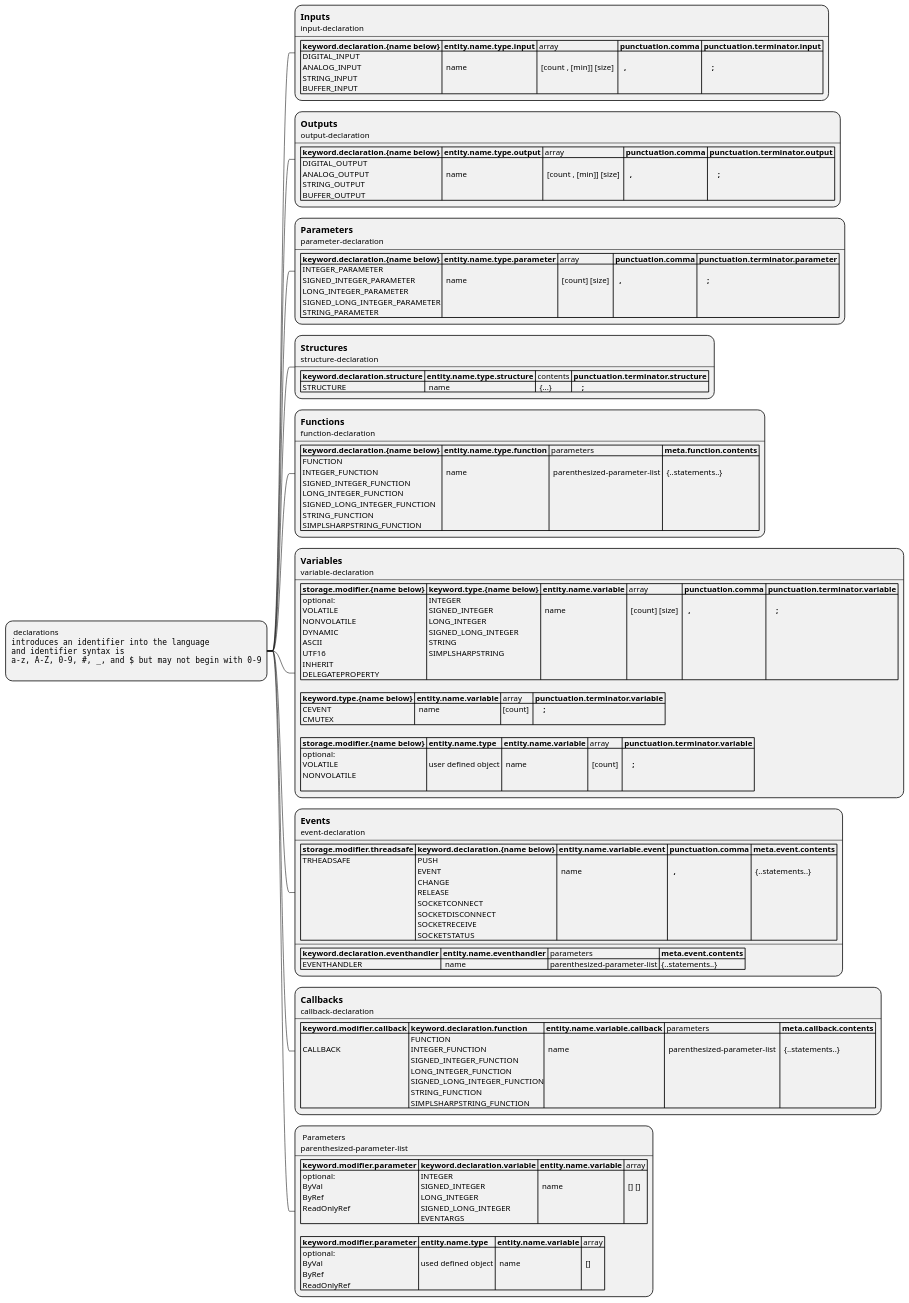
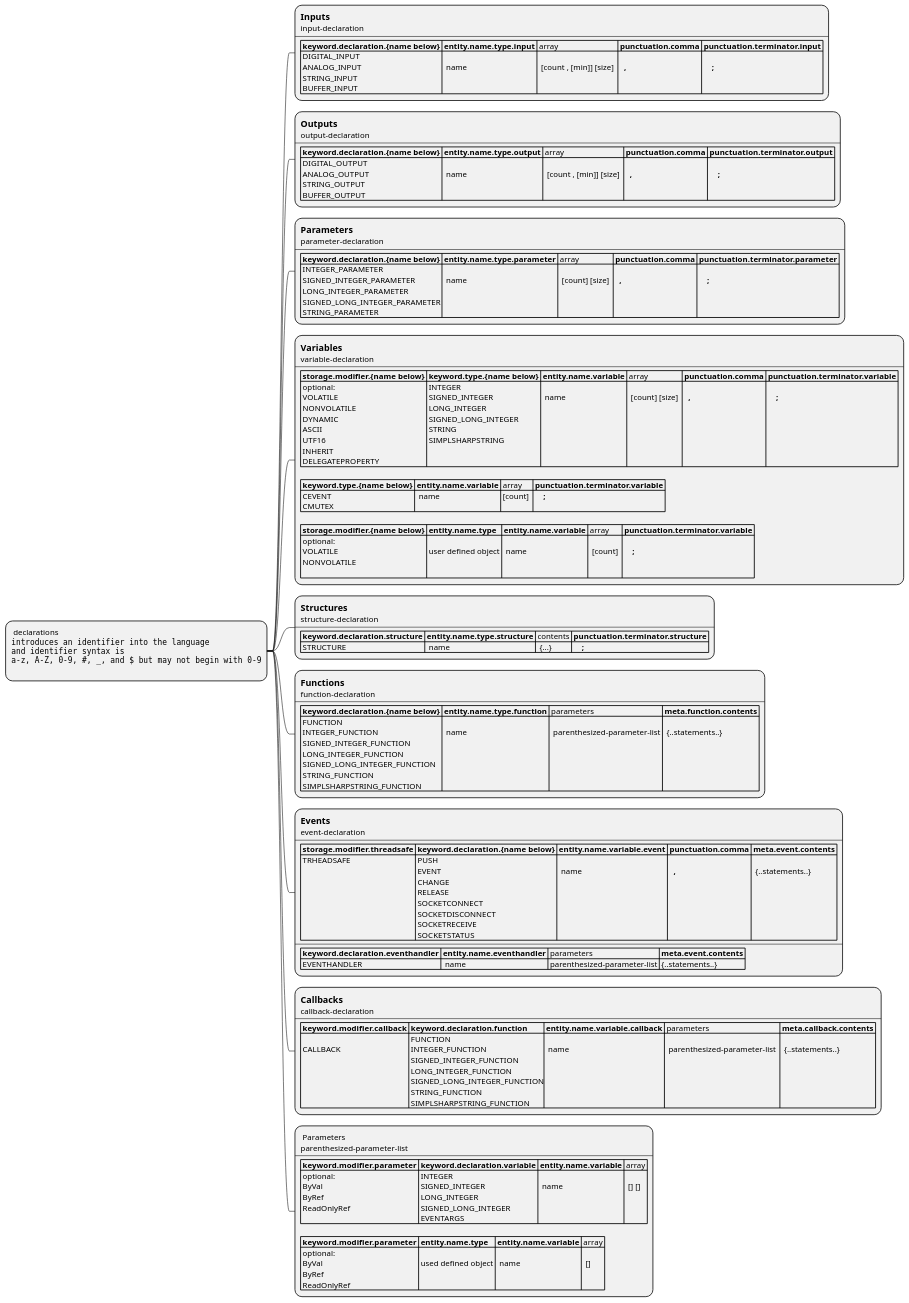
The diagram in UML/simpl-plus-syntax-mindmap/declarations.puml (alvaroyurrita/vscode-crestron-splus), drawn with PlantUML before and after one commit. The commit also changed 8 other files, not shown here.

```diff
--- a/UML/simpl-plus-syntax-mindmap/declarations.puml
+++ b/UML/simpl-plus-syntax-mindmap/declarations.puml
@@ -1,77 +1,80 @@
 @startmindmap
 *: declarations
 <code>
 introduces an identifier into the language
 and identifier syntax is
 a-z, A-Z, 0-9, #, _, and $ but may not begin with 0-9
 </code>
 ;
 
 **:== Inputs
 input-declaration
 ----
 |= keyword.declaration.{name below} |= entity.name.type.input | array |= punctuation.comma |= punctuation.terminator.input |
 | DIGITAL_INPUT\n ANALOG_INPUT\n STRING_INPUT\n BUFFER_INPUT |  \n  name  | \n  [count , [min]] [size]  |= \n   , |=  \n     ; |;
 **:== Outputs
 output-declaration
 ----
 |= keyword.declaration.{name below} |= entity.name.type.output | array |= punctuation.comma |= punctuation.terminator.output |
 | DIGITAL_OUTPUT\n ANALOG_OUTPUT\n STRING_OUTPUT\n BUFFER_OUTPUT |  \n  name | \n  [count , [min]] [size]  |= \n   , |=  \n     ; |;
 
 **:== Parameters
 parameter-declaration
 ----
 |= keyword.declaration.{name below} |= entity.name.type.parameter | array |= punctuation.comma |= punctuation.terminator.parameter |
 | INTEGER_PARAMETER\n SIGNED_INTEGER_PARAMETER\n LONG_INTEGER_PARAMETER\n SIGNED_LONG_INTEGER_PARAMETER\n STRING_PARAMETER  |  \n  name | \n  [count] [size]  |= \n   ,|=  \n     ; |;
 
+**:== Variables
+variable-declaration
+----
+|= storage.modifier.{name below} |= keyword.type.{name below} |= entity.name.variable | array |= punctuation.comma |= punctuation.terminator.variable |
+| optional:\n VOLATILE\n NONVOLATILE\n DYNAMIC \n ASCII\n UTF16\n INHERIT\n DELEGATEPROPERTY | INTEGER\n SIGNED_INTEGER\n LONG_INTEGER\n SIGNED_LONG_INTEGER\n STRING\n SIMPLSHARPSTRING|  \n  name | \n  [count] [size]  |= \n   ,|=  \n     ; |
+
+|= keyword.type.{name below} |= entity.name.variable | array |= punctuation.terminator.variable |
+| CEVENT\n CMUTEX |  name  | [count]  |=     ; |
+
+|= storage.modifier.{name below} |= entity.name.type |= entity.name.variable | array |= punctuation.terminator.variable |
+| optional:\n VOLATILE\n NONVOLATILE\n | \n user defined object |  \n  name | \n  [count]  |=  \n     ; |;
+
+
+
 **:== Structures
 structure-declaration
 ----
 |= keyword.declaration.structure |= entity.name.type.structure | contents |= punctuation.terminator.structure |
 | STRUCTURE |  name  |  {...} |=     ; |;
 
 **:== Functions
 function-declaration
 ----
 |= keyword.declaration.{name below} |= entity.name.type.function | parameters |= meta.function.contents |
 | FUNCTION\n INTEGER_FUNCTION\n SIGNED_INTEGER_FUNCTION\n LONG_INTEGER_FUNCTION\n SIGNED_LONG_INTEGER_FUNCTION\n STRING_FUNCTION \n SIMPLSHARPSTRING_FUNCTION  |  \n  name | \n  parenthesized-parameter-list | \n  {..statements..}  |;
 
 
-**:== Variables
-variable-declaration
-----
-|= storage.modifier.{name below} |= keyword.type.{name below} |= entity.name.variable | array |= punctuation.comma |= punctuation.terminator.variable |
-| optional:\n VOLATILE\n NONVOLATILE\n DYNAMIC \n ASCII\n UTF16\n INHERIT\n DELEGATEPROPERTY | INTEGER\n SIGNED_INTEGER\n LONG_INTEGER\n SIGNED_LONG_INTEGER\n STRING\n SIMPLSHARPSTRING|  \n  name | \n  [count] [size]  |= \n   ,|=  \n     ; |
-
-|= keyword.type.{name below} |= entity.name.variable | array |= punctuation.terminator.variable |
-| CEVENT\n CMUTEX |  name  | [count]  |=     ; |
-
-|= storage.modifier.{name below} |= entity.name.type |= entity.name.variable | array |= punctuation.terminator.variable |
-| optional:\n VOLATILE\n NONVOLATILE\n | \n user defined object |  \n  name | \n  [count]  |=  \n     ; |;
 
 
 **:== Events
 event-declaration
 ----
 |= storage.modifier.threadsafe |= keyword.declaration.{name below} |= entity.name.variable.event |= punctuation.comma |= meta.event.contents |
 | TRHEADSAFE | PUSH\n EVENT\n CHANGE\n RELEASE\n SOCKETCONNECT\n SOCKETDISCONNECT \n SOCKETRECEIVE \n SOCKETSTATUS  |  \n  name |= \n   ,| \n  {..statements..}  |
 ----
 |= keyword.declaration.eventhandler |= entity.name.eventhandler | parameters |= meta.event.contents |
 | EVENTHANDLER  |  name | parenthesized-parameter-list | {..statements..}  |;
 
 **:== Callbacks
 callback-declaration
 ----
 |= keyword.modifier.callback |= keyword.declaration.function |= entity.name.variable.callback | parameters |= meta.callback.contents |
 | \n CALLBACK  | FUNCTION\n INTEGER_FUNCTION\n SIGNED_INTEGER_FUNCTION\n LONG_INTEGER_FUNCTION\n SIGNED_LONG_INTEGER_FUNCTION\n STRING_FUNCTION \n SIMPLSHARPSTRING_FUNCTION | \n  name | \n  parenthesized-parameter-list  | \n  {..statements..}  |;
 
 **: Parameters
 parenthesized-parameter-list
 ----
 |= keyword.modifier.parameter |= keyword.declaration.variable |= entity.name.variable | array |
 | optional:\n ByVal\n ByRef\n ReadOnlyRef | INTEGER\n SIGNED_INTEGER\n LONG_INTEGER\n SIGNED_LONG_INTEGER\n EVENTARGS |  \n  name | \n  [] []  |
 
 |= keyword.modifier.parameter |= entity.name.type |= entity.name.variable | array |
 | optional:\n ByVal\n ByRef\n ReadOnlyRef | \n used defined object |  \n  name | \n  []  |;
 
 @endmindmap
```
